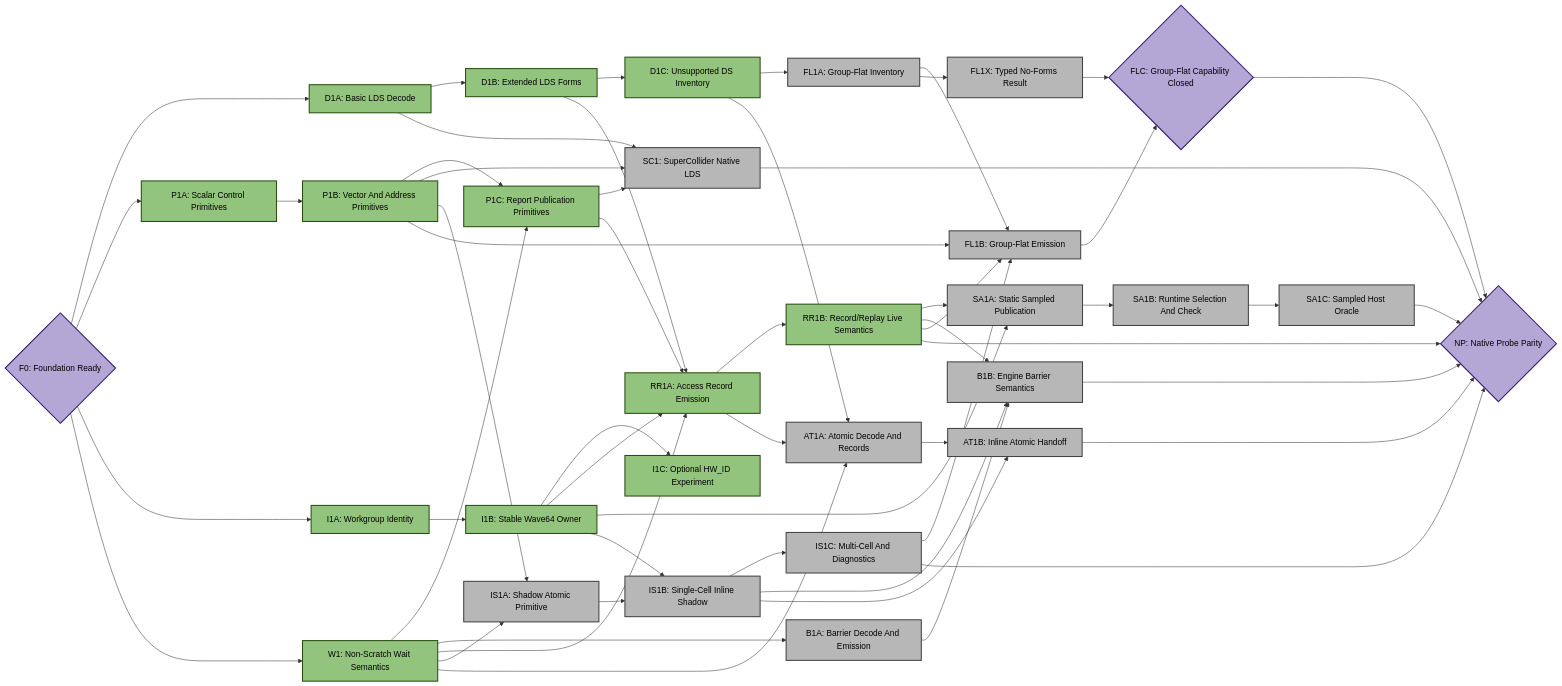
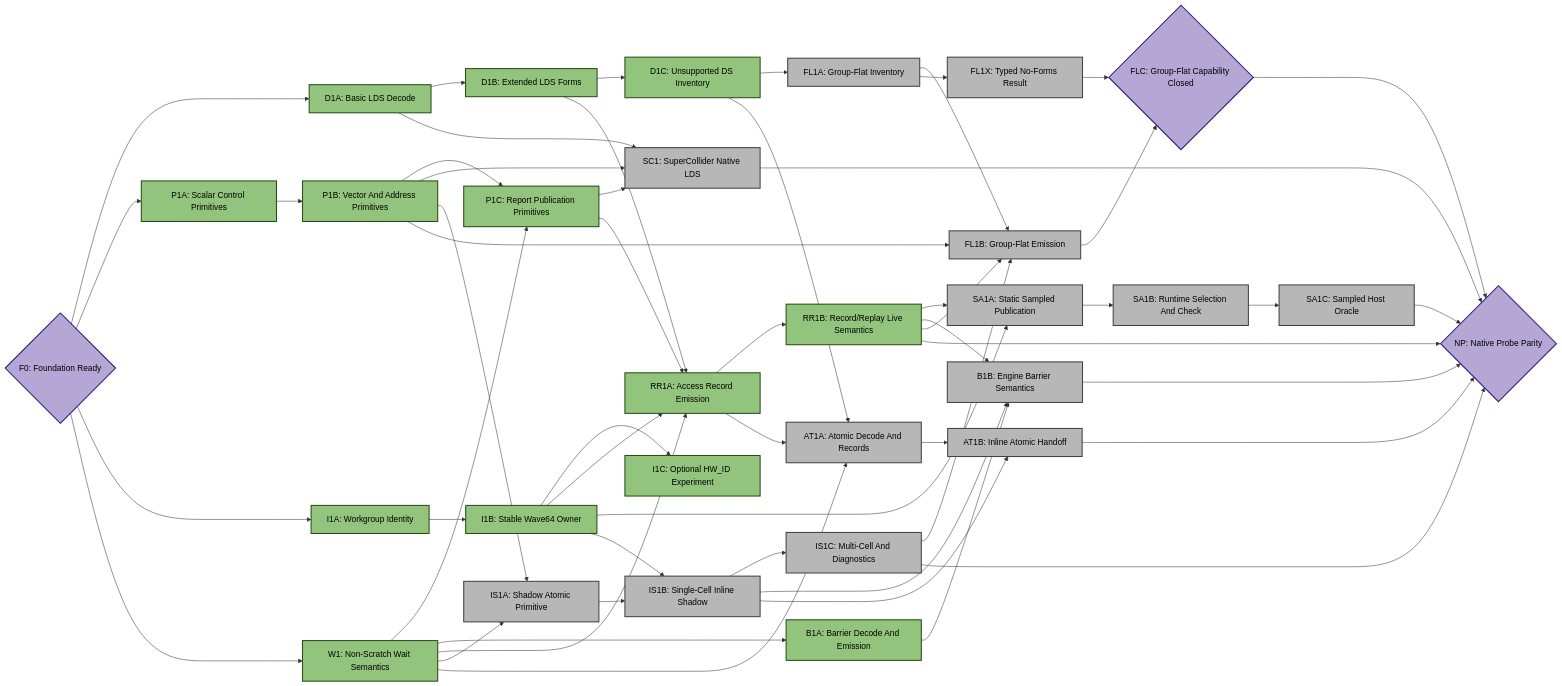
One commit to ROCm/rocm-systems changed the fourth of 5 diagrams in emulation/rocjitsu/docs/consan/PLAN_GFX950.md. Above: the diagram before and after it, drawn with Mermaid. The commit also changed other lines of this file and 4 other files, not shown here.

```diff
--- a/emulation/rocjitsu/docs/consan/PLAN_GFX950.md
+++ b/emulation/rocjitsu/docs/consan/PLAN_GFX950.md
@@ -315,7 +321,7 @@
   I1B["I1B: Stable Wave64 Owner"]:::done
   I1C["I1C: Optional HW_ID Experiment"]:::done
   W1["W1: Non-Scratch Wait Semantics"]:::done
-  B1A["B1A: Barrier Decode And Emission"]:::todo
+  B1A["B1A: Barrier Decode And Emission"]:::done
   B1B["B1B: Engine Barrier Semantics"]:::todo
   SC1["SC1: SuperCollider Native LDS"]:::todo
   RR1A["RR1A: Access Record Emission"]:::done
```
